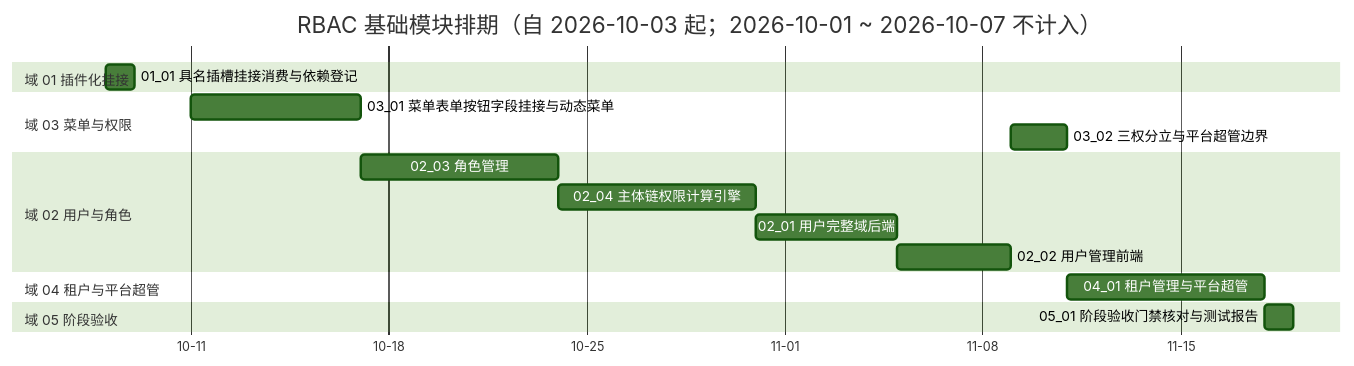
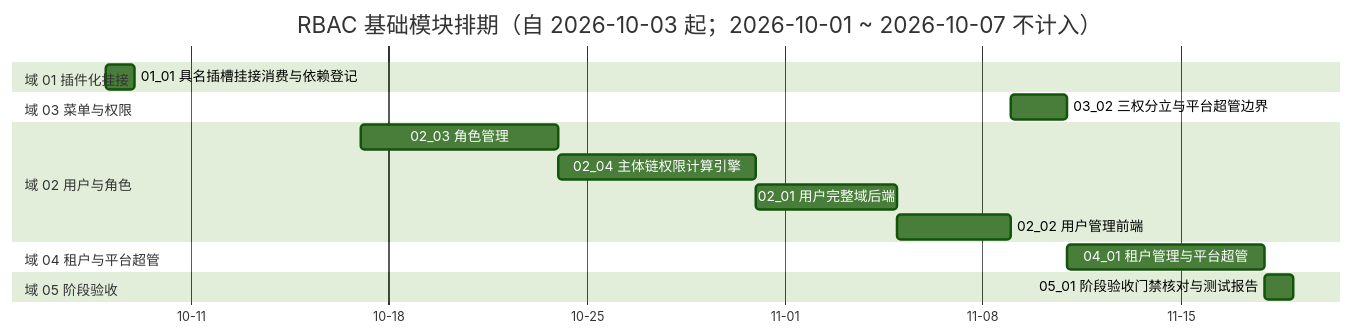
The diagram in bms文档/项目/07_RBAC基础模块/计划/01_计划_RBAC基础模块.md (minjian123/basic-management-system), drawn with Mermaid (forest theme) before and after one commit. The commit also changed other lines of this file and 2 other files, not shown here.

````diff
--- a/bms文档/项目/07_RBAC基础模块/计划/01_计划_RBAC基础模块.md
+++ b/bms文档/项目/07_RBAC基础模块/计划/01_计划_RBAC基础模块.md
@@ -44,20 +44,19 @@
 ```mermaid
 gantt
     title RBAC 基础模块排期（自 2026-10-03 起；2026-10-01 ~ 2026-10-07 不计入）
     dateFormat  YYYY-MM-DD
     axisFormat %m-%d
     section 域 01 插件化挂接
     01_01 具名插槽挂接消费与依赖登记 :a0101, 2026-10-08, 1d
     section 域 03 菜单与权限
-    03_01 菜单表单按钮字段挂接与动态菜单 :a0301, 2026-10-11, 6d
     03_02 三权分立与平台超管边界 :a0302, 2026-11-09, 2d
     section 域 02 用户与角色
     02_03 角色管理 :a0203, 2026-10-17, 7d
     02_04 主体链权限计算引擎 :a0204, 2026-10-24, 7d
     02_01 用户完整域后端 :a0201, 2026-10-31, 5d
     02_02 用户管理前端 :a0202, 2026-11-05, 4d
     section 域 04 租户与平台超管
     04_01 租户管理与平台超管 :a0401, 2026-11-11, 7d
     section 域 05 阶段验收
     05_01 阶段验收门禁核对与测试报告 :a0501, 2026-11-18, 1d
 ```
````
